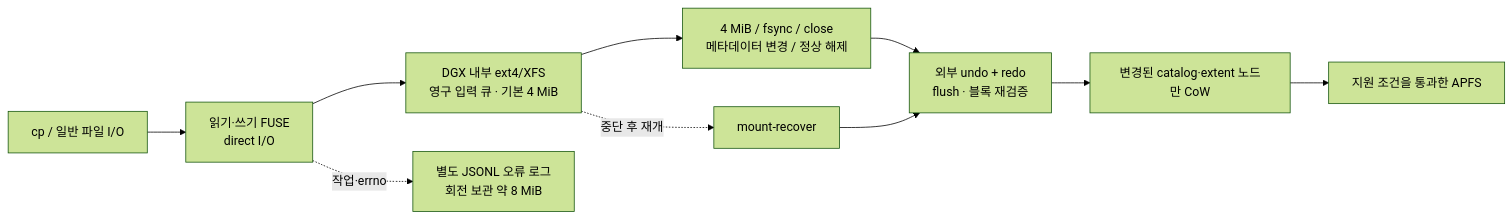
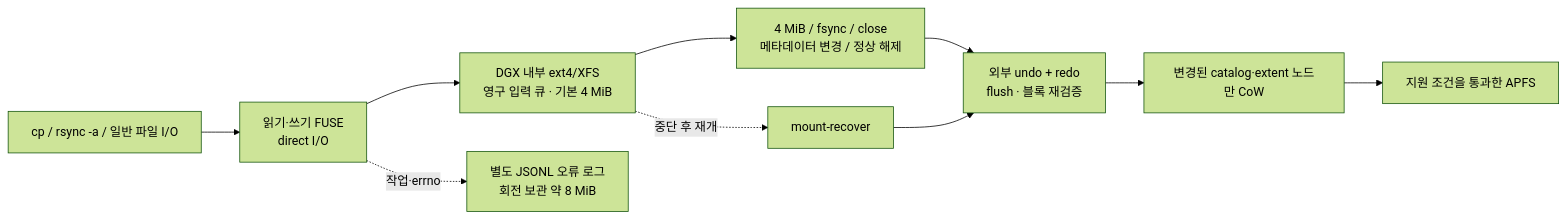
The diagram in README.md (JUNJOONHWAN/LAPFS), drawn with Mermaid (forest theme) before and after one commit. The commit also changed other lines of this file and 19 other files, not shown here.

Commit message:
Add rsync archive support and remove FUSE inode caps

````diff
--- a/README.md
+++ b/README.md
@@ -28,12 +30,12 @@
 ```mermaid
 flowchart LR
-    App["cp / 일반 파일 I/O"] --> FUSE["읽기·쓰기 FUSE\ndirect I/O"]
+    App["cp / rsync -a / 일반 파일 I/O"] --> FUSE["읽기·쓰기 FUSE\ndirect I/O"]
     FUSE --> Queue["DGX 내부 ext4/XFS\n영구 입력 큐 · 기본 4 MiB"]
     Queue --> Trigger["4 MiB / fsync / close\n메타데이터 변경 / 정상 해제"]
     Trigger --> Journal["외부 undo + redo\nflush · 블록 재검증"]
     Journal --> COW["변경된 catalog·extent 노드만 CoW"]
     COW --> APFS["지원 조건을 통과한 APFS"]
     Queue -. "중단 후 재개" .-> Recover["mount-recover"]
     Recover --> Journal
     FUSE -. "작업·errno" .-> Log["별도 JSONL 오류 로그\n회전 보관 약 8 MiB"]
 ```
````
